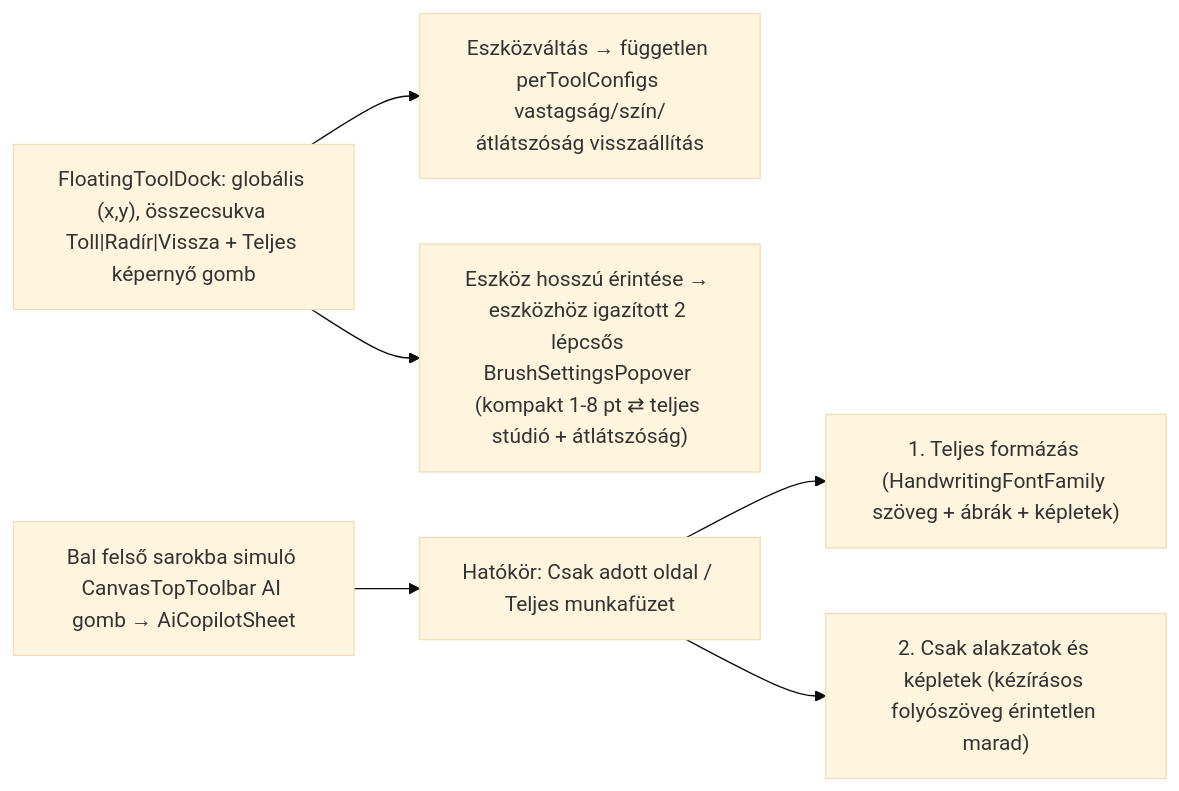
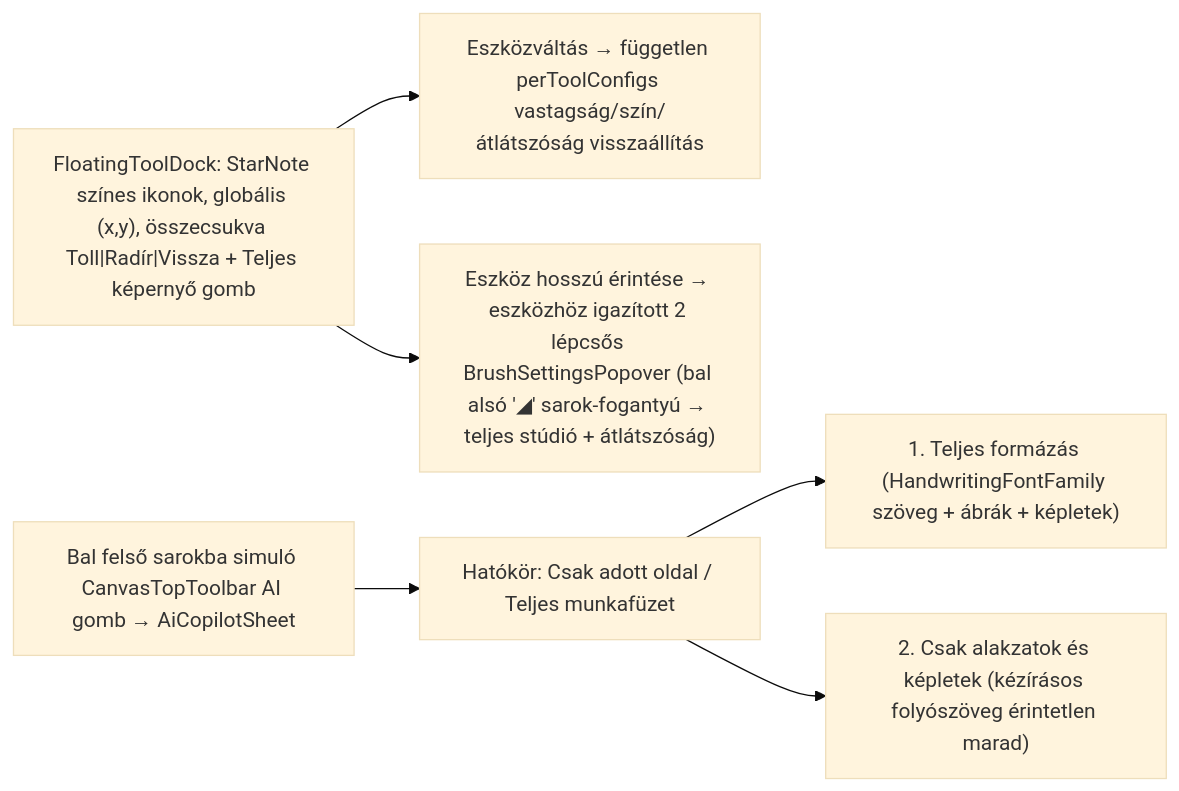
The sixth of 7 diagrams in docs/user_journeys.md (Fruktoz0/Stylusnote), drawn with Mermaid (base theme) before and after one commit. The commit also changed other lines of this file and 17 other files, not shown here.

````diff
--- a/docs/user_journeys.md
+++ b/docs/user_journeys.md
@@ -104,8 +104,8 @@
 ```mermaid
 flowchart LR
-    T1["FloatingToolDock: globális (x,y), összecsukva Toll|Radír|Vissza + Teljes képernyő gomb"] --> T2["Eszközváltás → független perToolConfigs vastagság/szín/átlátszóság visszaállítás"]
-    T1 --> T3["Eszköz hosszú érintése → eszközhöz igazított 2 lépcsős BrushSettingsPopover (kompakt 1-8 pt ⇄ teljes stúdió + átlátszóság)"]
+    T1["FloatingToolDock: StarNote színes ikonok, globális (x,y), összecsukva Toll|Radír|Vissza + Teljes képernyő gomb"] --> T2["Eszközváltás → független perToolConfigs vastagság/szín/átlátszóság visszaállítás"]
+    T1 --> T3["Eszköz hosszú érintése → eszközhöz igazított 2 lépcsős BrushSettingsPopover (bal alsó '◢' sarok-fogantyú → teljes stúdió + átlátszóság)"]
     A1["Bal felső sarokba simuló CanvasTopToolbar AI gomb → AiCopilotSheet"] --> A2["Hatókör: Csak adott oldal / Teljes munkafüzet"]
     A2 --> A3["1. Teljes formázás (HandwritingFontFamily szöveg + ábrák + képletek)"]
     A2 --> A4["2. Csak alakzatok és képletek (kézírásos folyószöveg érintetlen marad)"]
 ```
````
